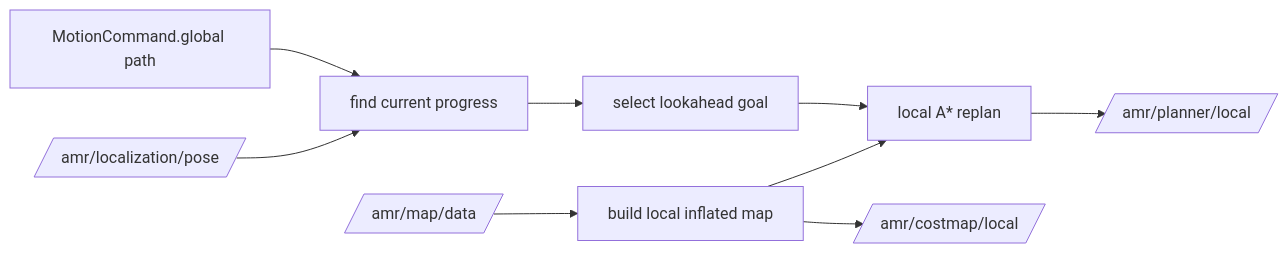
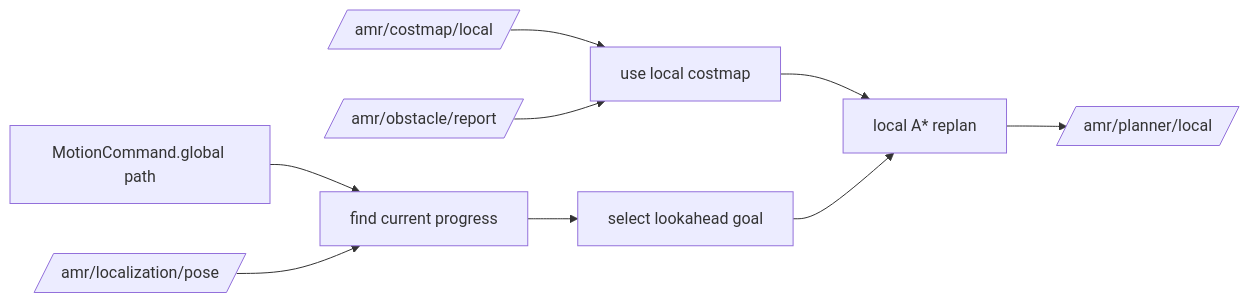
The diagram in amr_local_planner/README.md (reidlo5135/ros-amr-navigation), drawn with Mermaid before and after one commit. The commit also changed other lines of this file and 33 other files, not shown here.

Commit message:
refactor: introduce obstacle detection and centralized costmap ownership

````diff
--- a/amr_local_planner/README.md
+++ b/amr_local_planner/README.md
@@ -24,11 +24,11 @@
 ```mermaid
 flowchart LR
     A[MotionCommand.global path] --> B[find current progress]
     C[/amr/localization/pose/] --> B
-    D[/amr/map/data/] --> E[build local inflated map]
+    D[/amr/costmap/local/] --> E[use local costmap]
+    J[/amr/obstacle/report/] --> E
     B --> F[select lookahead goal]
     E --> G[local A* replan]
     F --> G
     G --> H[/amr/planner/local/]
-    E --> I[/amr/costmap/local/]
 ```
````
